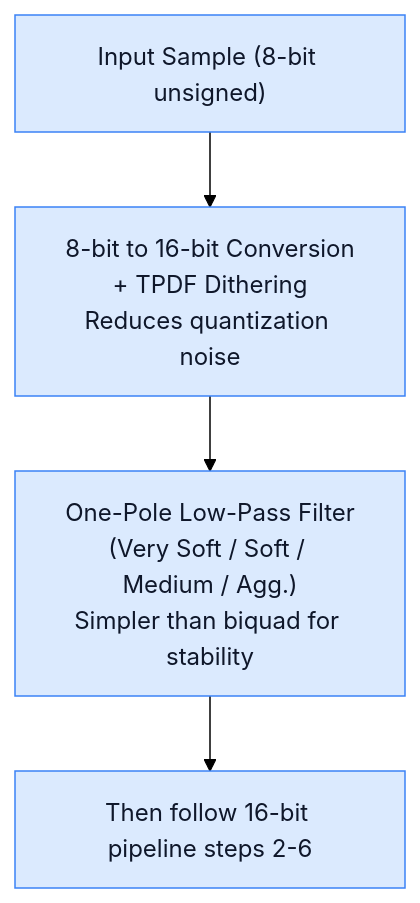
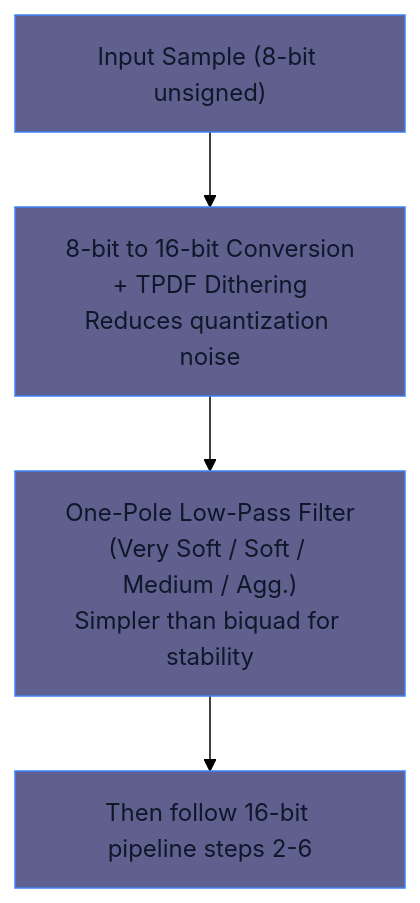
The second of 2 diagrams in Application/CR2-VSCode/Docs/README.md (JennyDigital/Doorchime-CR2-VSCode), drawn with Mermaid (forest theme) before and after one commit. The commit also changed 6 other files, not shown here.

````diff
--- a/Application/CR2-VSCode/Docs/README.md
+++ b/Application/CR2-VSCode/Docs/README.md
@@ -193,8 +193,8 @@
 ```mermaid
 flowchart TD
-  classDef box fill:#dbeafe,stroke:#3b82f6,stroke-width:1px,color:#0f172a;
+  classDef box fill:#60608e,stroke:#3b82f6,stroke-width:1px,color:#0f172a;
   A["Input Sample (8-bit unsigned)"] --> B["8-bit to 16-bit Conversion<br/>+ TPDF Dithering<br/>Reduces quantization noise"]
   B --> C["One-Pole Low-Pass Filter<br/>(Very Soft / Soft / Medium / Agg.)<br/>Simpler than biquad for stability"]
   C --> D["Then follow 16-bit pipeline steps 2-6"]
   class A,B,C,D box;
 ```
````
